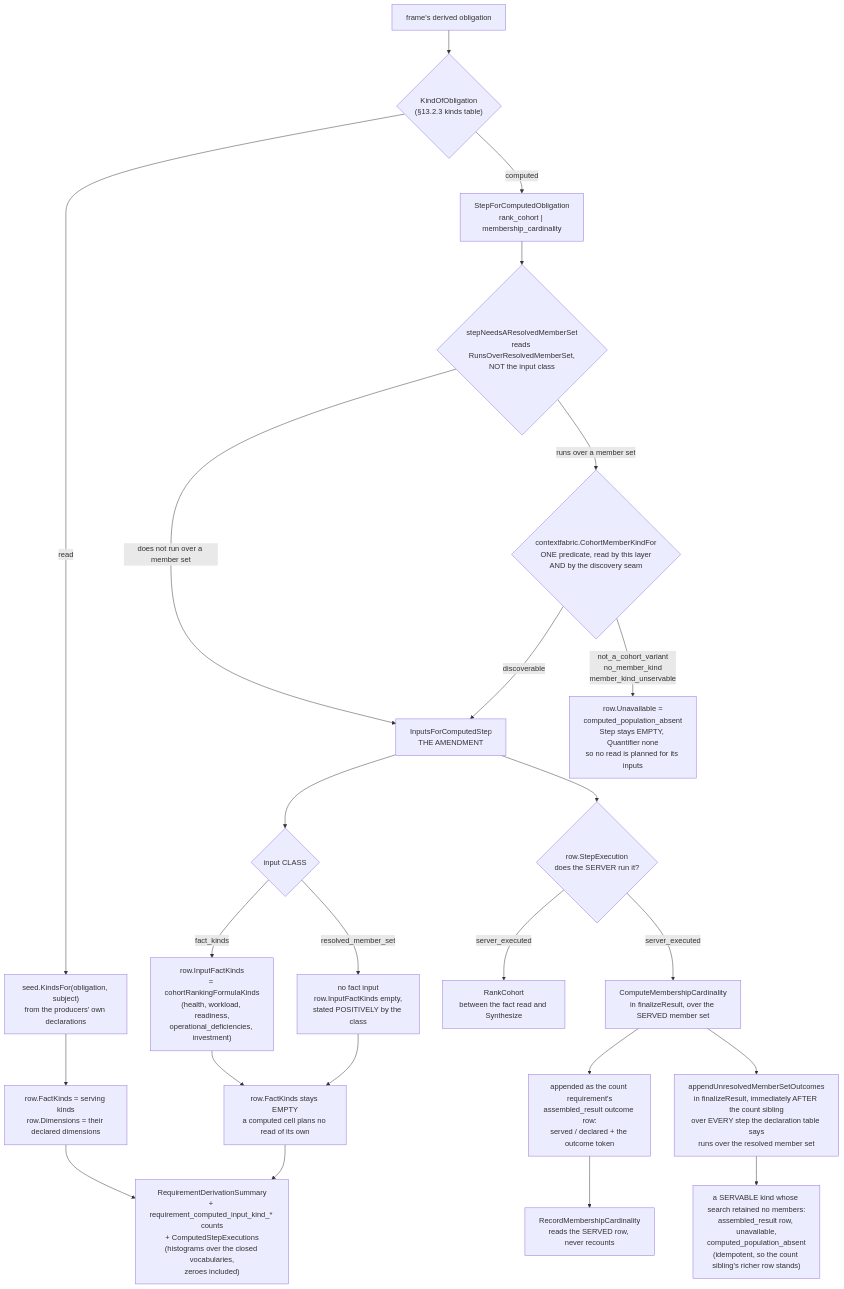
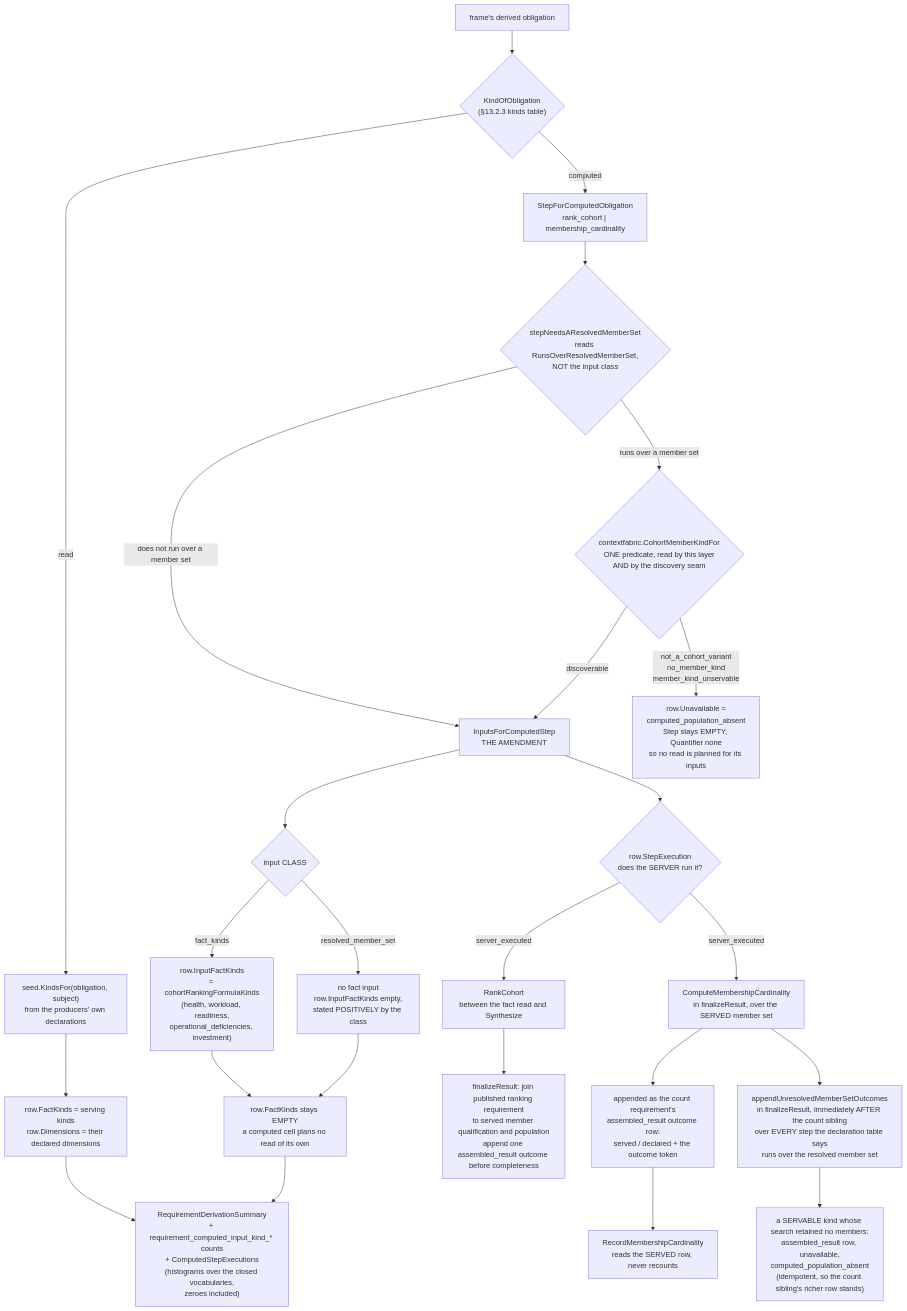
One commit to full-chaos/dev-health-acr changed diagram 20 of 20 in docs/design/context-fabric-architecture-diagrams.md. Above: the diagram before and after it, drawn with Mermaid. The commit also changed other lines of this file and 35 other files, not shown here.

First line of the commit message:
fix(context-fabric): CHAOS-5741 Evaluate served state and ranking requirements (#554)

````diff
--- a/docs/design/context-fabric-architecture-diagrams.md
+++ b/docs/design/context-fabric-architecture-diagrams.md
@@ -2175,31 +2175,32 @@
 ```mermaid
 flowchart TB
     OB["frame's derived obligation"] --> K{"KindOfObligation<br/>(§13.2.3 kinds table)"}
 
     K -- read --> R1["seed.KindsFor(obligation, subject)<br/>from the producers' own declarations"]
     R1 --> RR["row.FactKinds = serving kinds<br/>row.Dimensions = their declared dimensions"]
 
     K -- computed --> S["StepForComputedObligation<br/>rank_cohort | membership_cardinality"]
     S --> P{"stepNeedsAResolvedMemberSet<br/>reads RunsOverResolvedMemberSet,<br/>NOT the input class"}
     P -->|"does not run over a member set"| I
     P -->|"runs over a member set"| Q{"contextfabric.CohortMemberKindFor<br/>ONE predicate, read by this layer<br/>AND by the discovery seam"}
     Q -- discoverable --> I
     Q -->|"not_a_cohort_variant<br/>no_member_kind<br/>member_kind_unservable"| U["row.Unavailable =<br/>computed_population_absent<br/>Step stays EMPTY, Quantifier none<br/>so no read is planned for its inputs"]
     I["InputsForComputedStep<br/>THE AMENDMENT"]
     I --> IC{"input CLASS"}
     IC -- fact_kinds --> IK["row.InputFactKinds<br/>= cohortRankingFormulaKinds<br/>(health, workload, readiness,<br/>operational_deficiencies, investment)"]
     IC -- resolved_member_set --> IN["no fact input<br/>row.InputFactKinds empty,<br/>stated POSITIVELY by the class"]
     IK --> CR["row.FactKinds stays EMPTY<br/>a computed cell plans no read of its own"]
     IN --> CR
 
     I --> EX{"row.StepExecution<br/>does the SERVER run it?"}
     EX -- server_executed --> XR["RankCohort<br/>between the fact read and Synthesize"]
+    XR --> RO["finalizeResult: join published ranking requirement<br/>to served member qualification and population<br/>append one assembled_result outcome before completeness"]
     EX -- server_executed --> XC["ComputeMembershipCardinality<br/>in finalizeResult, over the SERVED member set"]
     XC --> OUT["appended as the count requirement's<br/>assembled_result outcome row:<br/>served / declared + the outcome token"]
     OUT --> TEL["RecordMembershipCardinality<br/>reads the SERVED row, never recounts"]
     XC --> XU["appendUnresolvedMemberSetOutcomes<br/>in finalizeResult, immediately AFTER the count sibling<br/>over EVERY step the declaration table says<br/>runs over the resolved member set"]
     XU --> OUT2["a SERVABLE kind whose search retained no members:<br/>assembled_result row, unavailable,<br/>computed_population_absent<br/>(idempotent, so the count sibling's richer row stands)"]
 
     RR --> T["RequirementDerivationSummary<br/>+ requirement_computed_input_kind_* counts<br/>+ ComputedStepExecutions<br/>(histograms over the closed vocabularies,<br/>zeroes included)"]
     CR --> T
 ```
````
